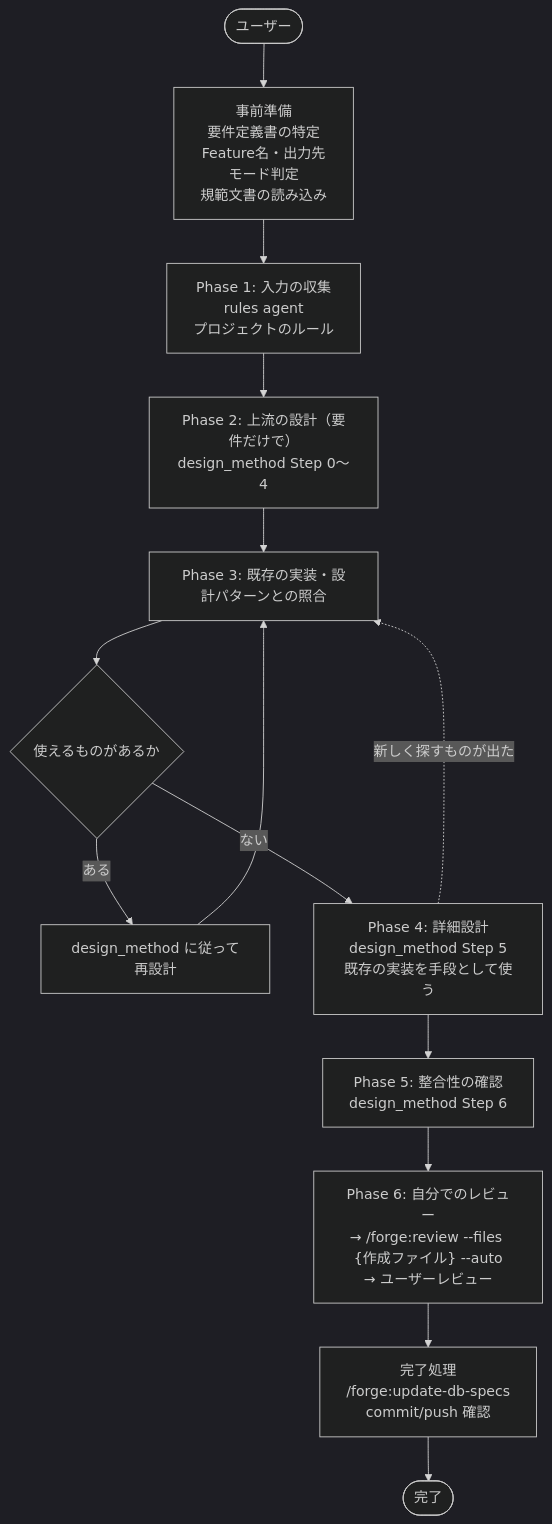
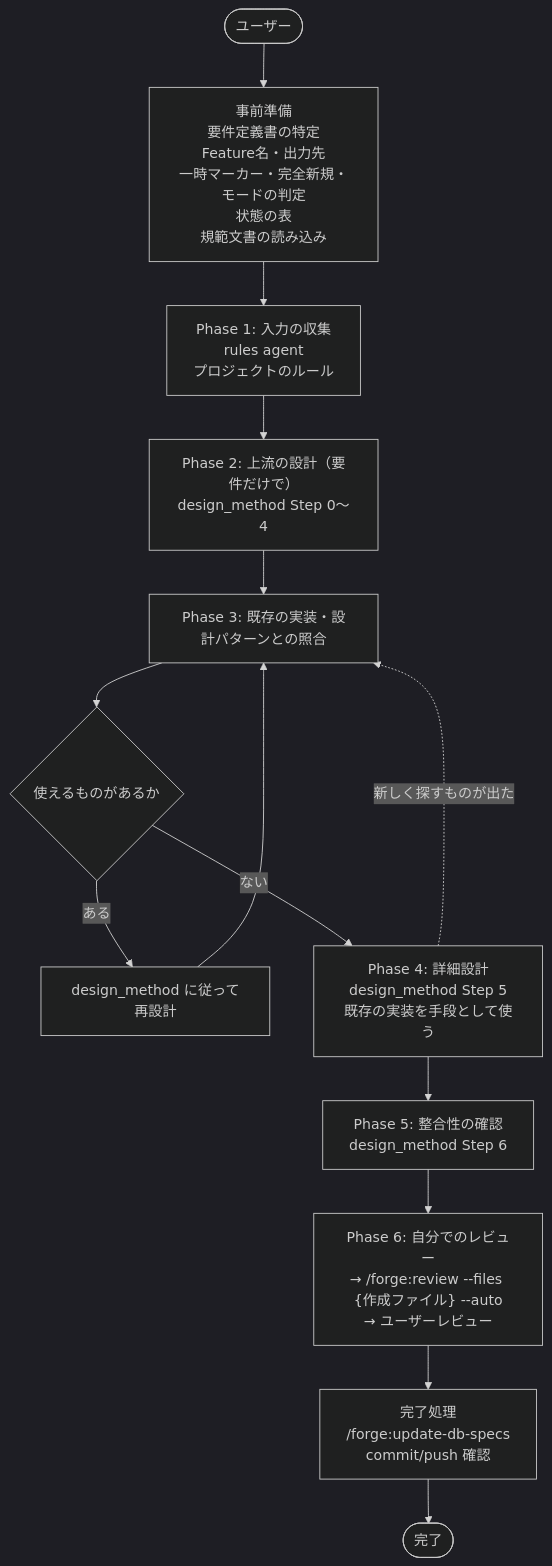
One commit to BlueEventHorizon/bw-cc-plugins changed the diagram in docs/specs/forge/design/DES-018_create_design_workflow_design.md. Above: the diagram before and after it, drawn with Mermaid (dark theme). The commit also changed other lines of this file and 6 other files, not shown here.

````diff
--- a/docs/specs/forge/design/DES-018_create_design_workflow_design.md
+++ b/docs/specs/forge/design/DES-018_create_design_workflow_design.md
@@ -14,26 +14,26 @@
 ```mermaid
 flowchart TD
     User([ユーザー]) --> PREREQ
 
-    PREREQ["事前準備<br>要件定義書の特定<br>Feature名・出力先<br>モード判定<br>規範文書の読み込み"] --> COLLECT
+    PREREQ["事前準備<br>要件定義書の特定<br>Feature名・出力先<br>一時マーカー・完全新規・モードの判定<br>状態の表<br>規範文書の読み込み"] --> COLLECT
 
     COLLECT["Phase 1: 入力の収集<br>rules agent<br>プロジェクトのルール"]
 
     COLLECT --> DESIGN
 
     DESIGN["Phase 2: 上流の設計（要件だけで）<br>design_method Step 0〜4"] --> MATCH
 
     MATCH["Phase 3: 既存の実装・設計パターンとの照合"] --> FOUND{使えるものがあるか}
     FOUND -->|"ある"| REDESIGN["design_method に従って再設計"]
     REDESIGN --> MATCH
     FOUND -->|"ない"| DETAIL
 
     DETAIL["Phase 4: 詳細設計<br>design_method Step 5<br>既存の実装を手段として使う"] --> CHECK
     DETAIL -.->|"新しく探すものが出た"| MATCH
 
     CHECK["Phase 5: 整合性の確認<br>design_method Step 6"] --> REVIEW
 
     REVIEW["Phase 6: 自分でのレビュー<br>→ /forge:review --files {作成ファイル} --auto<br>→ ユーザーレビュー"] --> FINISH
 
     FINISH["完了処理<br>/forge:update-db-specs<br>commit/push 確認"] --> Done([完了])
 ```
````
